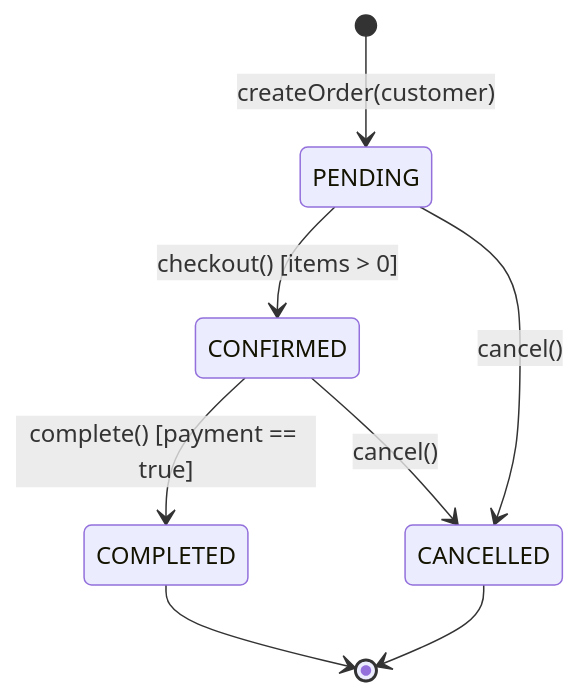
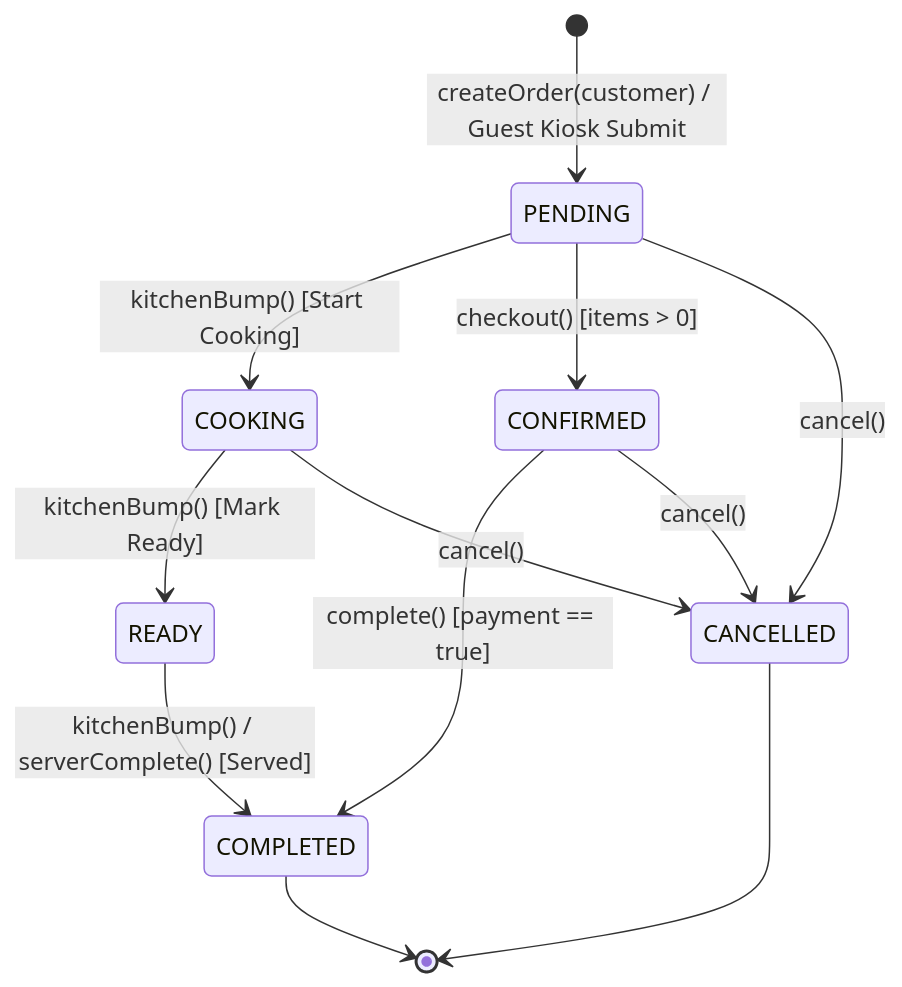
The third of 3 diagrams in docs/ARCHITECTURE.md (tudzydev/Restaurant-POS), drawn with Mermaid before and after one commit. The commit also changed other lines of this file and 6 other files, not shown here.

````diff
--- a/docs/ARCHITECTURE.md
+++ b/docs/ARCHITECTURE.md
@@ -108,13 +204,18 @@
 ```mermaid
 stateDiagram-v2
-    [*] --> PENDING : createOrder(customer)
+    [*] --> PENDING : createOrder(customer) / Guest Kiosk Submit
 
+    PENDING --> COOKING : kitchenBump() [Start Cooking]
     PENDING --> CONFIRMED : checkout() [items > 0]
     PENDING --> CANCELLED : cancel()
 
+    COOKING --> READY : kitchenBump() [Mark Ready]
+    COOKING --> CANCELLED : cancel()
+
+    READY --> COMPLETED : kitchenBump() / serverComplete() [Served]
     CONFIRMED --> COMPLETED : complete() [payment == true]
     CONFIRMED --> CANCELLED : cancel()
 
     COMPLETED --> [*]
     CANCELLED --> [*]
 ```
````
